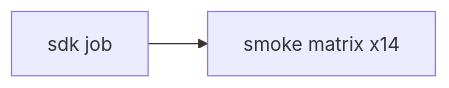
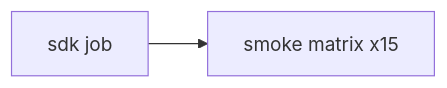
The diagram in docs/ci.md (julerex/lerux), drawn with Mermaid before and after one commit. The commit also changed other lines of this file and 14 other files, not shown here.

````diff
--- a/docs/ci.md
+++ b/docs/ci.md
@@ -10,6 +10,6 @@
 ```mermaid
 flowchart LR
   sdk[sdk job]
-  smoke[smoke matrix x14]
+  smoke[smoke matrix x15]
   sdk --> smoke
 ```
````
